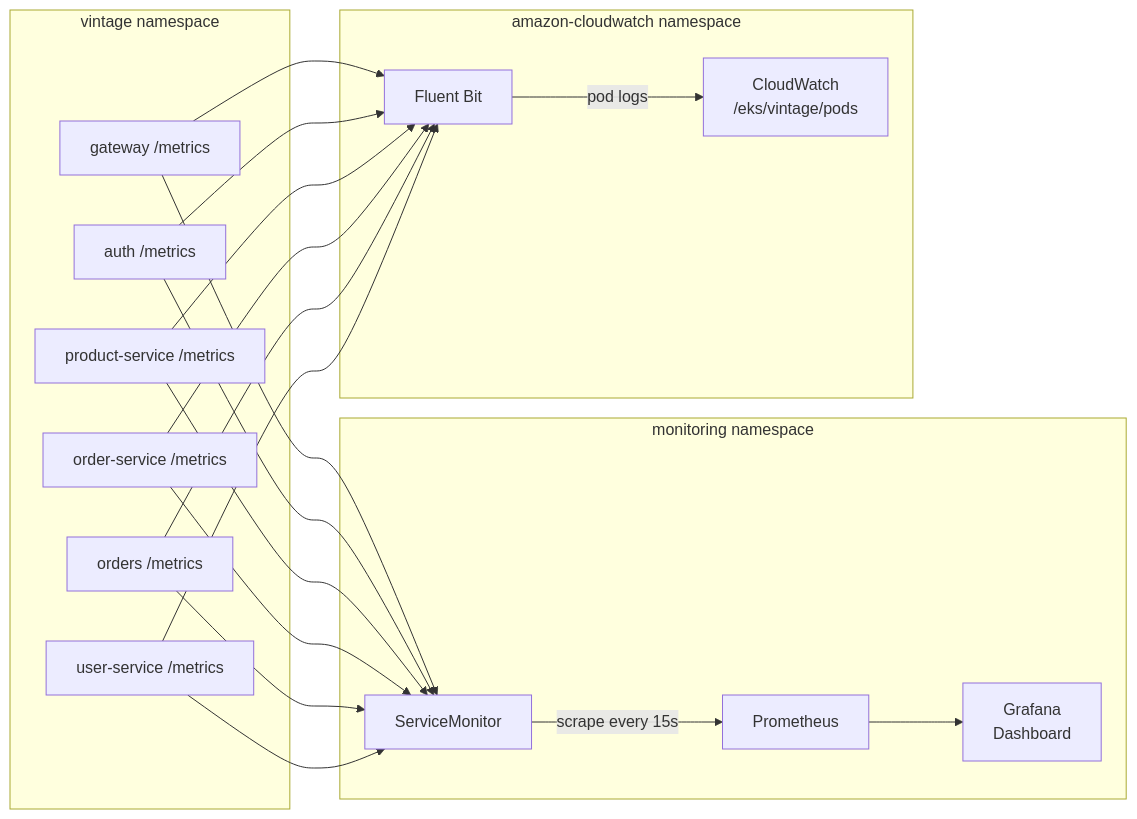
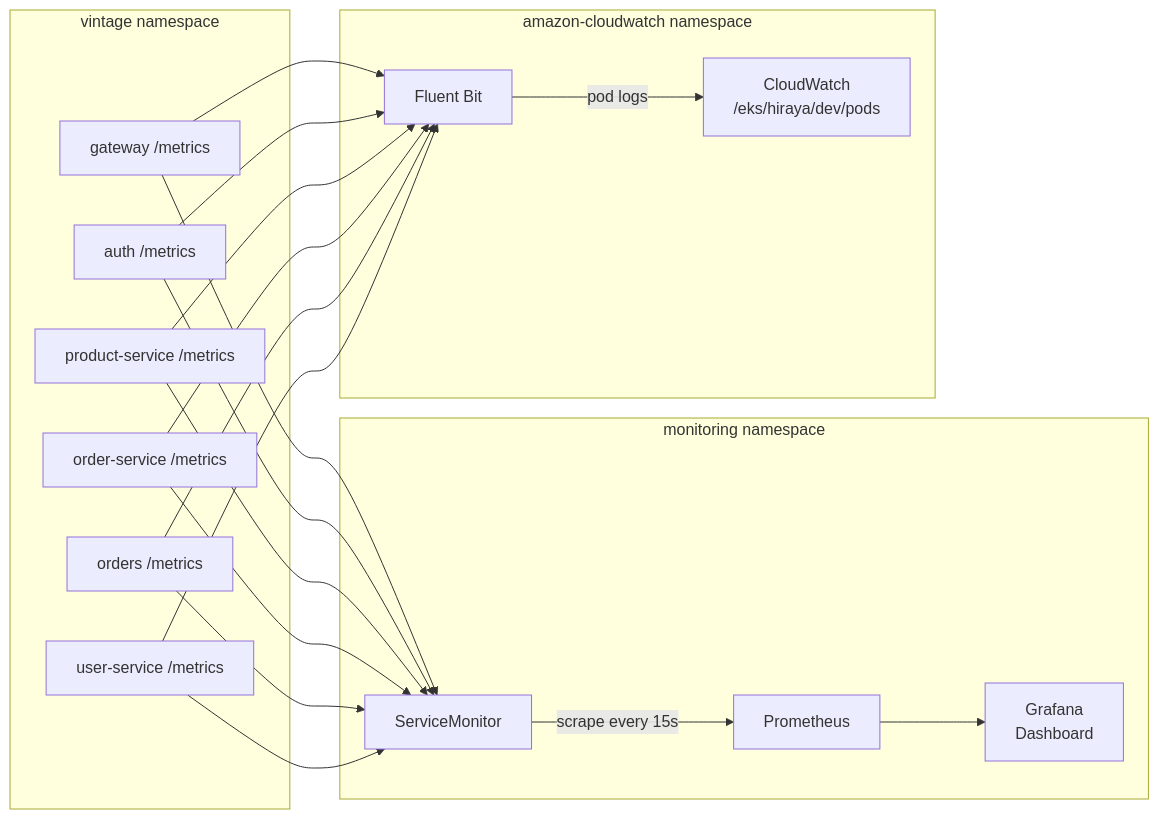
One commit to noidilin/hiraya changed the seventh of 10 diagrams in docs/onboard.md. Above: the diagram before and after it, drawn with Mermaid. The commit also changed other lines of this file and 13 other files, not shown here.

````diff
--- a/docs/onboard.md
+++ b/docs/onboard.md
@@ -321,23 +329,23 @@
 ```mermaid
 flowchart LR
     subgraph Services [vintage namespace]
         GW[gateway /metrics]
         AU[auth /metrics]
         PS[product-service /metrics]
         OS[order-service /metrics]
         OR[orders /metrics]
         US[user-service /metrics]
     end
 
     subgraph Monitoring [monitoring namespace]
         SM[ServiceMonitor] -->|scrape every 15s| PR[Prometheus]
         PR --> GR[Grafana\nDashboard]
     end
 
     subgraph Logging [amazon-cloudwatch namespace]
-        FB[Fluent Bit] -->|pod logs| CW[CloudWatch\n/eks/vintage/pods]
+        FB[Fluent Bit] -->|pod logs| CW[CloudWatch\n/eks/hiraya/dev/pods]
     end
 
     GW & AU & PS & OS & OR & US --> SM
     GW & AU & PS & OS & OR & US --> FB
 ```
````
